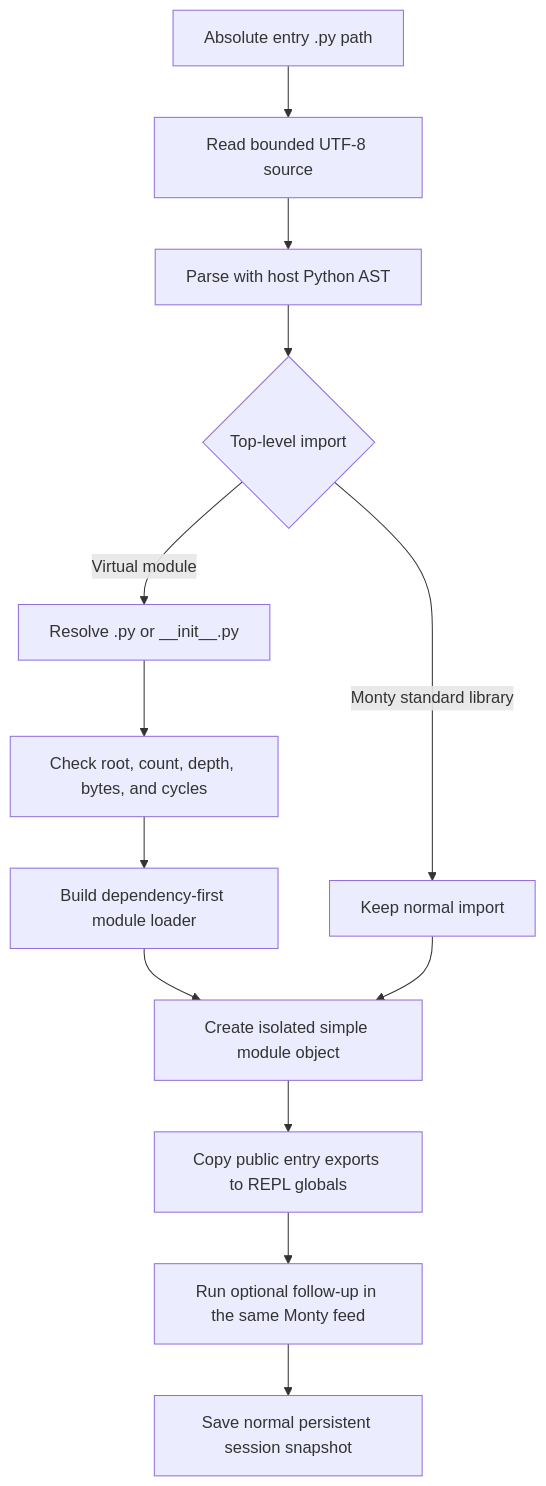
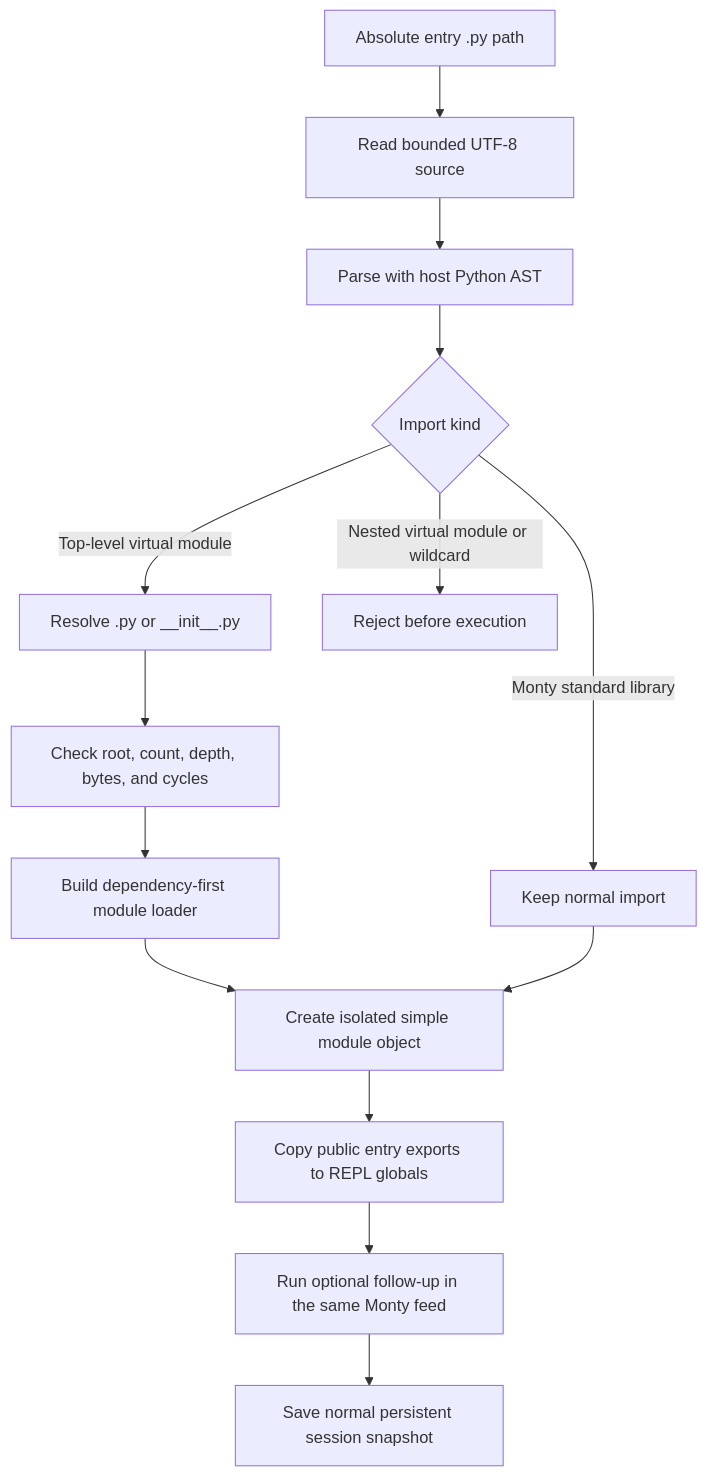
The diagram in docs/virtual-modules.md (sgaseretto/arenero), drawn with Mermaid before and after one commit. The commit also changed other lines of this file and 26 other files, not shown here.

````diff
--- a/docs/virtual-modules.md
+++ b/docs/virtual-modules.md
@@ -55,15 +55,16 @@
 ```mermaid
 flowchart TD
     Entry["Absolute entry .py path"] --> Read["Read bounded UTF-8 source"]
     Read --> Parse["Parse with host Python AST"]
-    Parse --> Imports{"Top-level import"}
+    Parse --> Imports{"Import kind"}
     Imports -->|Monty standard library| Keep["Keep normal import"]
-    Imports -->|Virtual module| Resolve["Resolve .py or __init__.py"]
+    Imports -->|Top-level virtual module| Resolve["Resolve .py or __init__.py"]
+    Imports -->|Nested virtual module or wildcard| Reject["Reject before execution"]
     Resolve --> Limits["Check root, count, depth, bytes, and cycles"]
     Limits --> Dependency["Build dependency-first module loader"]
     Dependency --> Namespace["Create isolated simple module object"]
     Keep --> Namespace
     Namespace --> Exports["Copy public entry exports to REPL globals"]
     Exports --> Followup["Run optional follow-up in the same Monty feed"]
     Followup --> Snapshot["Save normal persistent session snapshot"]
 ```
````
